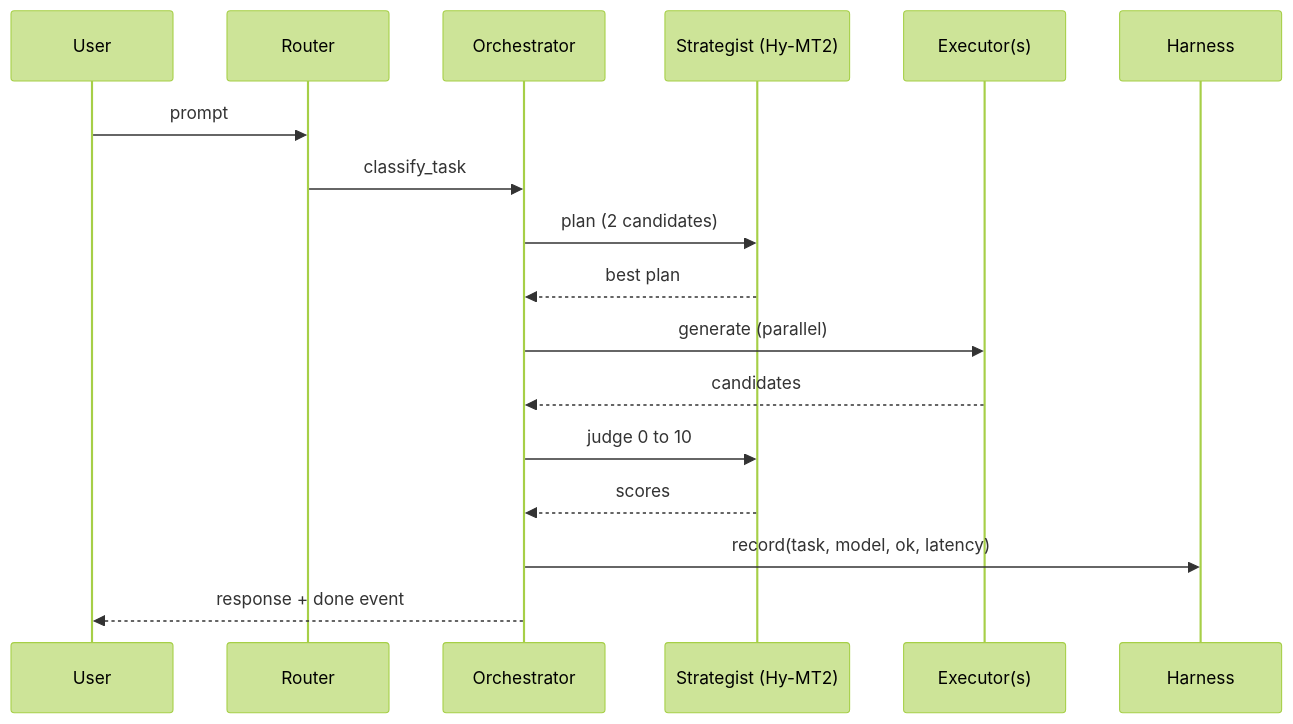
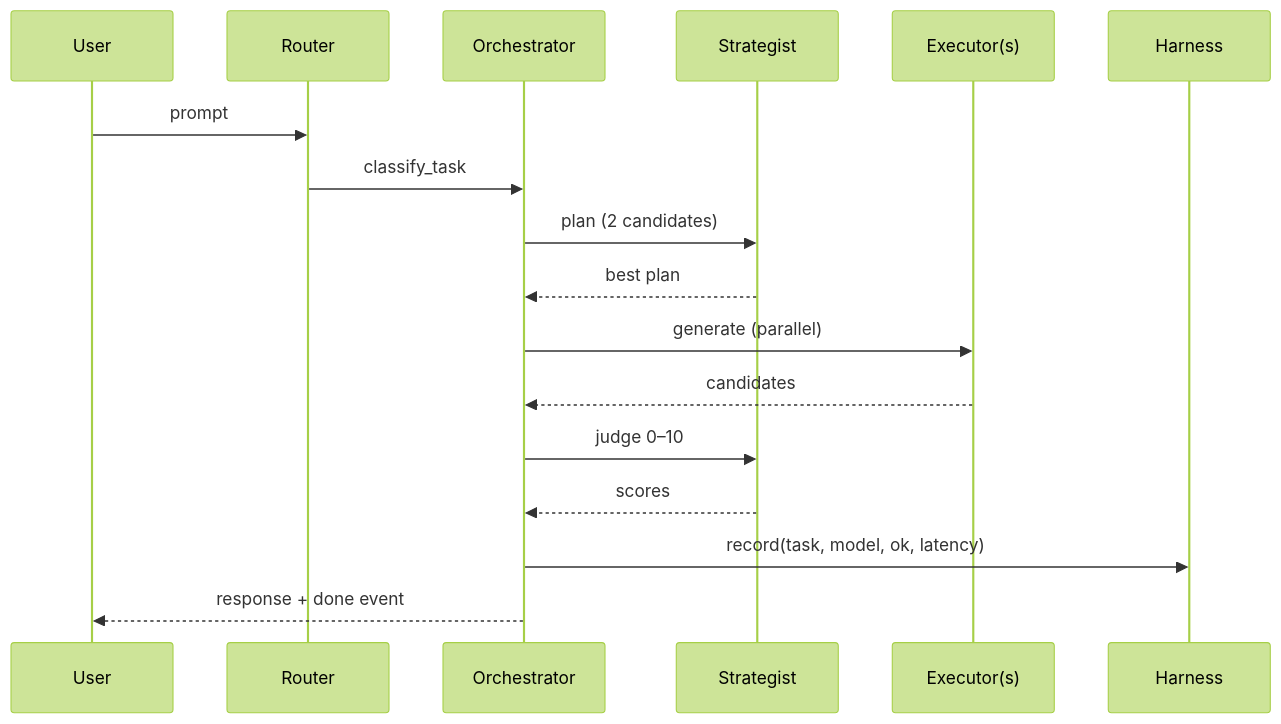
One commit to rbkhan007/Sovereign-Agentic-AI changed the second of 3 diagrams in README.md. Above: the diagram before and after it, drawn with Mermaid (forest theme). The commit also changed other lines of this file, not shown here.

````diff
--- a/README.md
+++ b/README.md
@@ -142,19 +138,19 @@
 ```mermaid
 sequenceDiagram
     participant U as User
     participant R as Router
     participant O as Orchestrator
-    participant S as Strategist (Hy-MT2)
+    participant S as Strategist
     participant E as Executor(s)
     participant H as Harness
     U->>R: prompt
     R->>O: classify_task
     O->>S: plan (2 candidates)
     S-->>O: best plan
     O->>E: generate (parallel)
     E-->>O: candidates
-    O->>S: judge 0 to 10
+    O->>S: judge 0–10
     S-->>O: scores
     O->>H: record(task, model, ok, latency)
     O-->>U: response + done event
 ```
````
